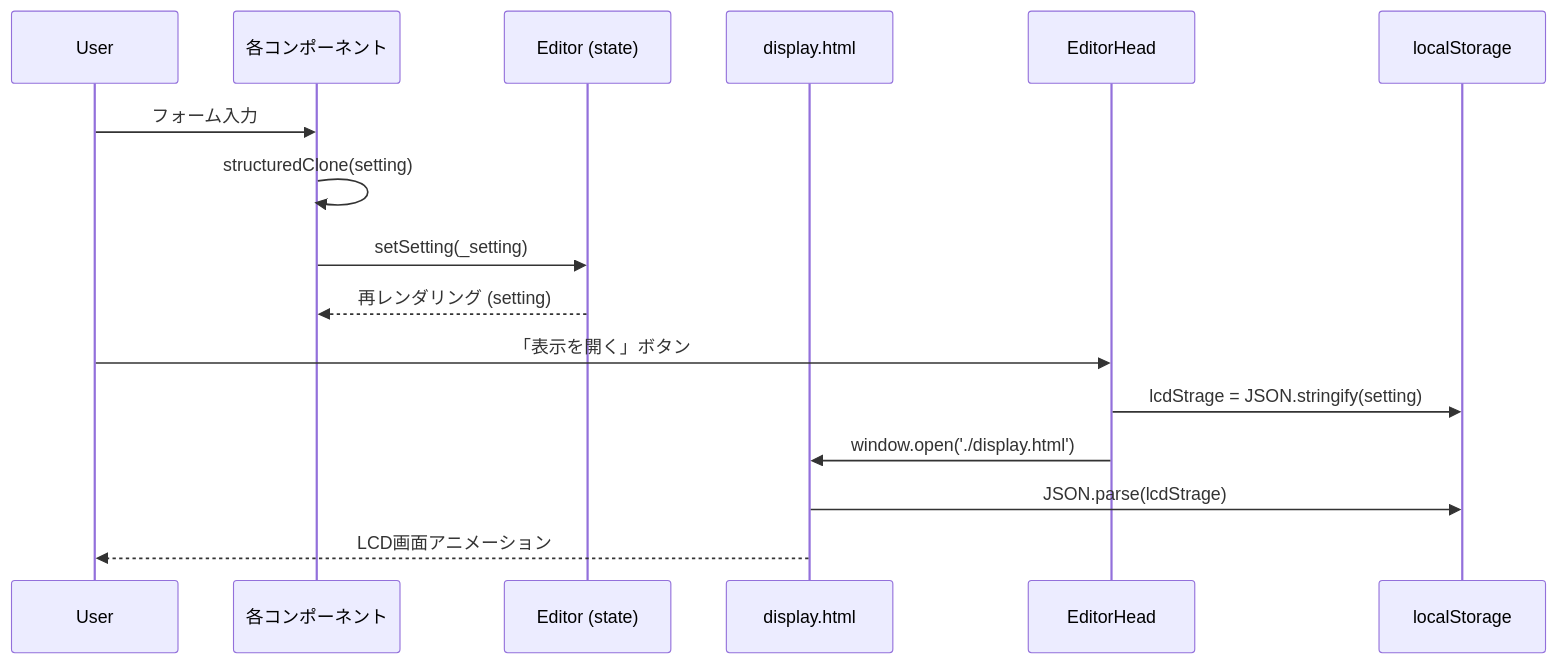
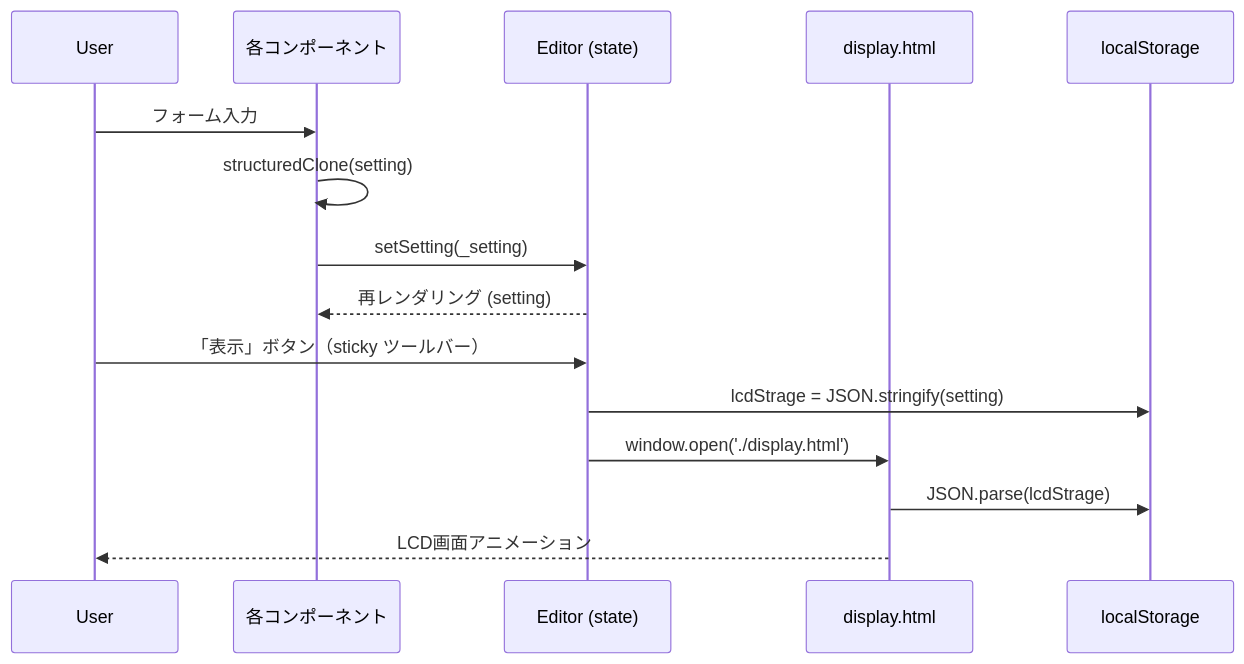
Before and after one commit to gosenzoo/trainLCD_deploy: the third of 4 diagrams in spec.md, drawn with Mermaid. The commit also changed other lines of this file and 8 other files, not shown here.

````diff
--- a/spec.md
+++ b/spec.md
@@ -551,18 +597,18 @@
 ```mermaid
 sequenceDiagram
     participant User
     participant Component as 各コンポーネント
     participant Editor as Editor (state)
     participant Display as display.html
 
     User->>Component: フォーム入力
     Component->>Component: structuredClone(setting)
     Component->>Editor: setSetting(_setting)
     Editor-->>Component: 再レンダリング (setting)
 
-    User->>EditorHead: 「表示を開く」ボタン
-    EditorHead->>localStorage: lcdStrage = JSON.stringify(setting)
-    EditorHead->>Display: window.open('./display.html')
+    User->>Editor: 「表示」ボタン（sticky ツールバー）
+    Editor->>localStorage: lcdStrage = JSON.stringify(setting)
+    Editor->>Display: window.open('./display.html')
     Display->>localStorage: JSON.parse(lcdStrage)
     Display-->>User: LCD画面アニメーション
 ```
````
